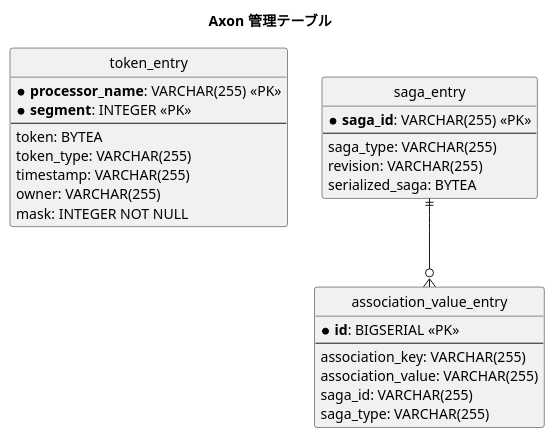
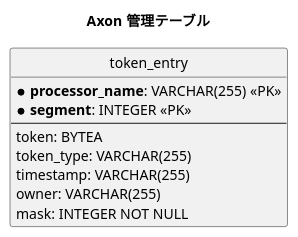
The ninth of 9 diagrams in docs/design/cargo-tracker/data-model.md (k2works/case-study-cargo-tracker), drawn with PlantUML before and after one commit. The commit also changed other lines of this file and 14 other files, not shown here.

````diff
--- a/docs/design/cargo-tracker/data-model.md
+++ b/docs/design/cargo-tracker/data-model.md
@@ -681,37 +681,19 @@
 ```plantuml
 @startuml
 title Axon 管理テーブル
 
 hide circle
 
 entity "token_entry" as te {
   * **processor_name**: VARCHAR(255) <<PK>>
   * **segment**: INTEGER <<PK>>
   --
   token: BYTEA
   token_type: VARCHAR(255)
   timestamp: VARCHAR(255)
   owner: VARCHAR(255)
   mask: INTEGER NOT NULL
 }
 
-entity "saga_entry" as se {
-  * **saga_id**: VARCHAR(255) <<PK>>
-  --
-  saga_type: VARCHAR(255)
-  revision: VARCHAR(255)
-  serialized_saga: BYTEA
-}
-
-entity "association_value_entry" as ave {
-  * **id**: BIGSERIAL <<PK>>
-  --
-  association_key: VARCHAR(255)
-  association_value: VARCHAR(255)
-  saga_id: VARCHAR(255)
-  saga_type: VARCHAR(255)
-}
-
-se ||--o{ ave
 @enduml
 ```
````
